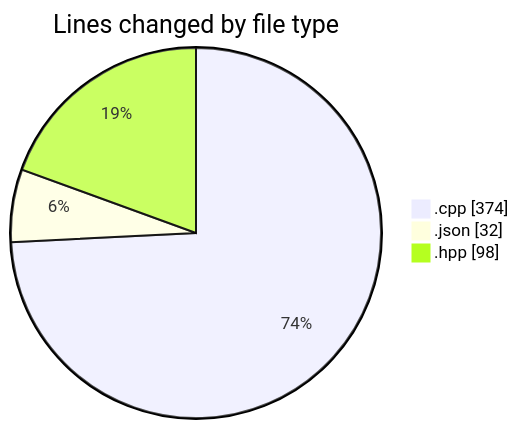
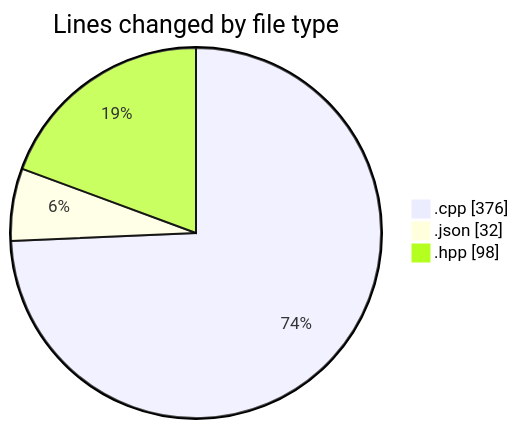
The first of 2 diagrams in 2025-04-23/echo/README.md (Netris89/code-tracking), drawn with Mermaid before and after one commit. The commit also changed other lines of this file and 1 other file, not shown here.

````diff
--- a/2025-04-23/echo/README.md
+++ b/2025-04-23/echo/README.md
@@ -22,7 +22,7 @@
 ```mermaid
 pie showData
 title Lines changed by file type
-".cpp" : 374
+".cpp" : 376
 ".json" : 32
 ".hpp" : 98
 ```
````
